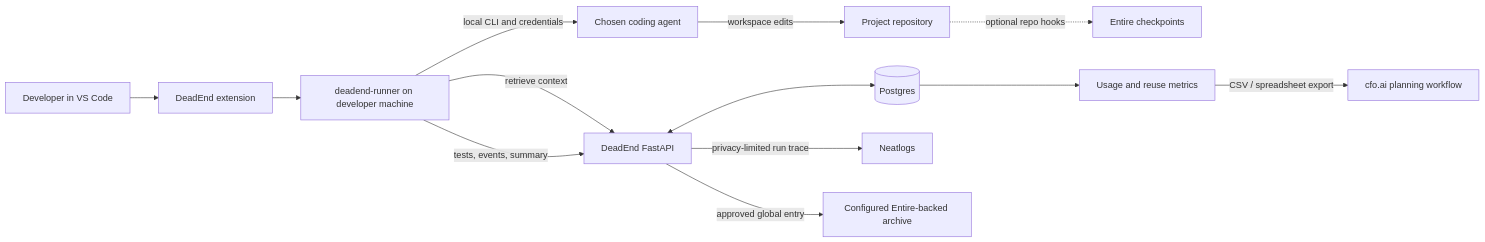
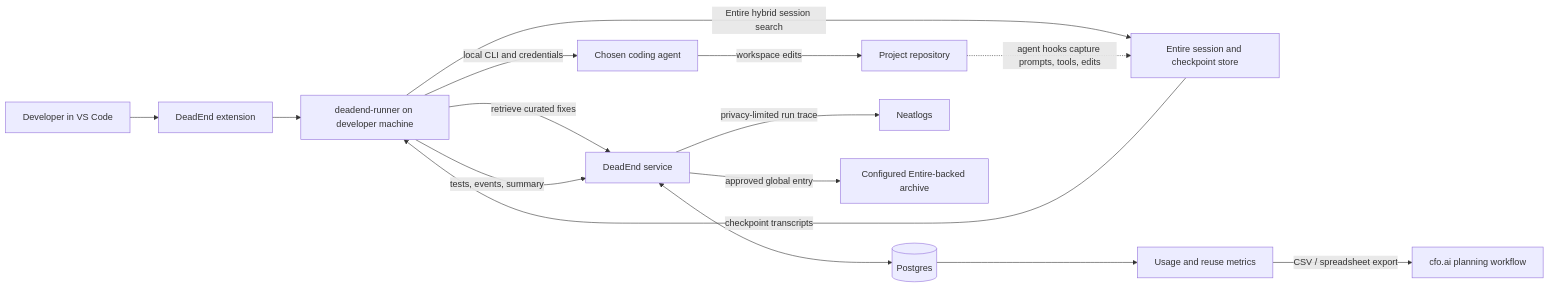
Before and after one commit to gowthamchoudhary/DeadEnd: the first of 2 diagrams in README.md, drawn with Mermaid. The commit also changed other lines of this file, not shown here.

````diff
--- a/README.md
+++ b/README.md
@@ -34,15 +33,17 @@
 ```mermaid
 flowchart LR
     Dev[Developer in VS Code] --> Ext[DeadEnd extension]
     Ext --> Runner[deadend-runner on developer machine]
-    Runner -->|retrieve context| API[DeadEnd FastAPI]
+    Runner -->|retrieve curated fixes| API[DeadEnd service]
     API <--> DB[(Postgres)]
+    Runner -->|Entire hybrid session search| Entire[Entire session and checkpoint store]
+    Entire -->|checkpoint transcripts| Runner
     Runner -->|local CLI and credentials| Agent[Chosen coding agent]
     Agent -->|workspace edits| Repo[Project repository]
     Runner -->|tests, events, summary| API
     API -->|privacy-limited run trace| NL[Neatlogs]
-    Repo -. optional repo hooks .-> Entire[Entire checkpoints]
+    Repo -. agent hooks capture prompts, tools, edits .-> Entire
     API -->|approved global entry| Global[Configured Entire-backed archive]
     DB --> Econ[Usage and reuse metrics]
     Econ -->|CSV / spreadsheet export| CFO[cfo.ai planning workflow]
 ```
````
